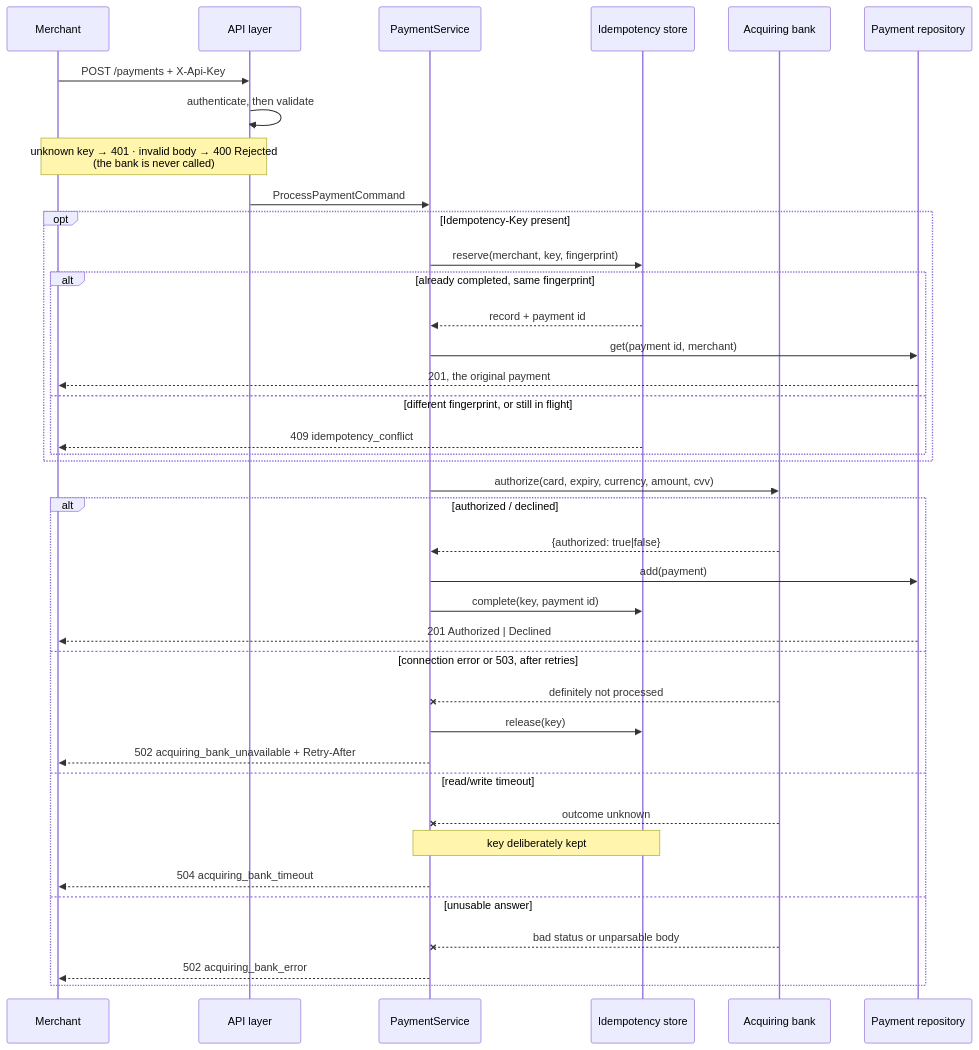
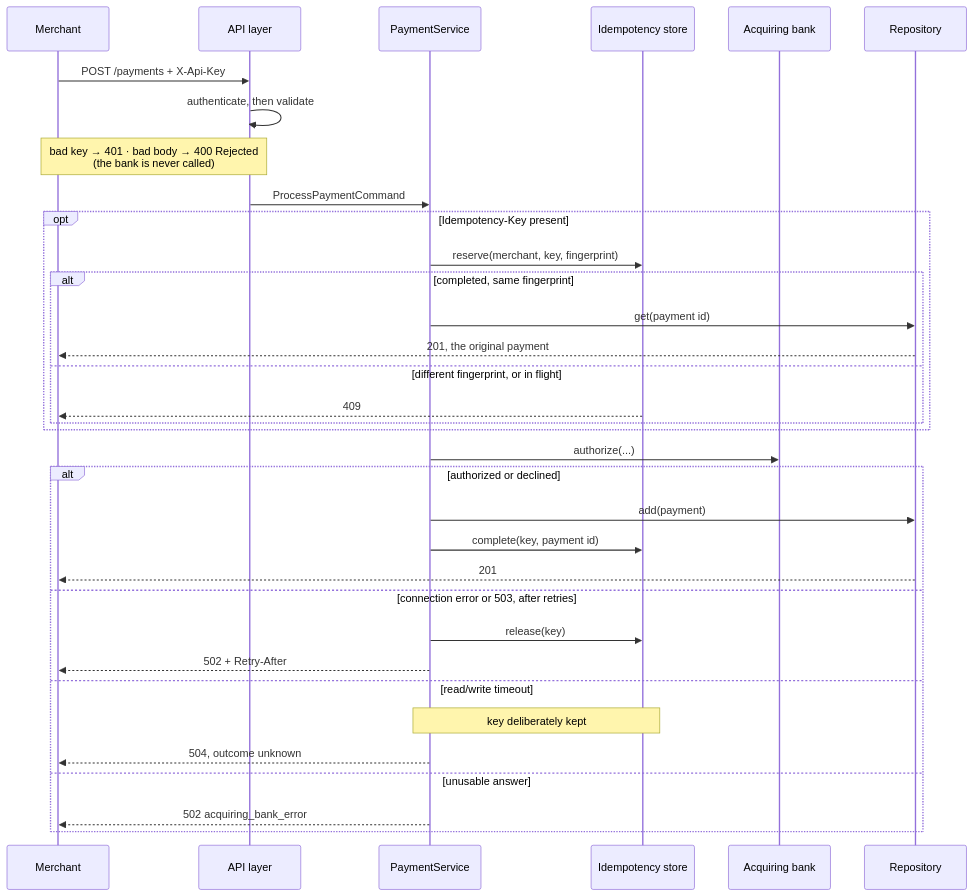
Before and after one commit to DjellalAbdou/payement-gateway-challenge: the diagram in README.md, drawn with Mermaid. The commit also changed other lines of this file and 1 other file, not shown here.

````diff
--- a/README.md
+++ b/README.md
@@ -157,42 +142,37 @@
 ```mermaid
 sequenceDiagram
     participant M as Merchant
     participant A as API layer
     participant S as PaymentService
     participant I as Idempotency store
     participant B as Acquiring bank
-    participant R as Payment repository
+    participant R as Repository
 
     M->>A: POST /payments + X-Api-Key
     A->>A: authenticate, then validate
-    Note over A,M: unknown key → 401 · invalid body → 400 Rejected<br/>(the bank is never called)
+    Note over A,M: bad key → 401 · bad body → 400 Rejected<br/>(the bank is never called)
     A->>S: ProcessPaymentCommand
     opt Idempotency-Key present
         S->>I: reserve(merchant, key, fingerprint)
-        alt already completed, same fingerprint
-            I-->>S: record + payment id
-            S->>R: get(payment id, merchant)
+        alt completed, same fingerprint
+            S->>R: get(payment id)
             R-->>M: 201, the original payment
-        else different fingerprint, or still in flight
-            I-->>M: 409 idempotency_conflict
+        else different fingerprint, or in flight
+            I-->>M: 409
         end
     end
-    S->>B: authorize(card, expiry, currency, amount, cvv)
-    alt authorized / declined
-        B-->>S: {authorized: true|false}
+    S->>B: authorize(...)
+    alt authorized or declined
         S->>R: add(payment)
         S->>I: complete(key, payment id)
-        R-->>M: 201 Authorized | Declined
+        R-->>M: 201
     else connection error or 503, after retries
-        B--xS: definitely not processed
         S->>I: release(key)
-        S-->>M: 502 acquiring_bank_unavailable + Retry-After
+        S-->>M: 502 + Retry-After
     else read/write timeout
-        B--xS: outcome unknown
         Note over S,I: key deliberately kept
-        S-->>M: 504 acquiring_bank_timeout
+        S-->>M: 504, outcome unknown
     else unusable answer
-        B--xS: bad status or unparsable body
         S-->>M: 502 acquiring_bank_error
     end
 ```
````
